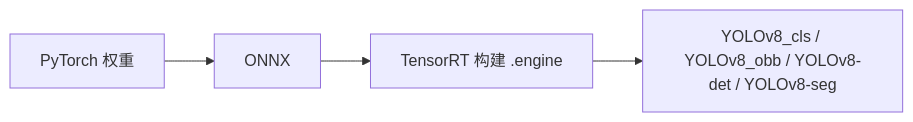
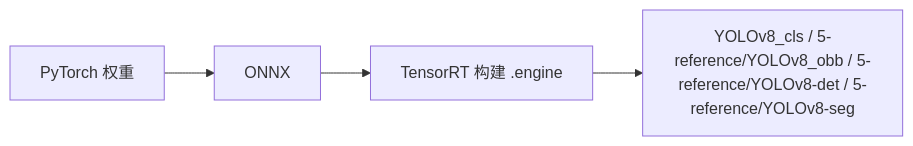
The diagram in docs/YOLOv8_TensorRT_部署工程总结.md (jusitfy0913/dp-tool), drawn with Mermaid before and after one commit. The commit also changed other lines of this file and 5559 other files, not shown here.

````diff
--- a/docs/YOLOv8_TensorRT_部署工程总结.md
+++ b/docs/YOLOv8_TensorRT_部署工程总结.md
@@ -63,6 +63,6 @@
 ```mermaid
 flowchart LR
   A[PyTorch 权重] --> B[ONNX]
   B --> C[TensorRT 构建 .engine]
-  C --> D[YOLOv8_cls / YOLOv8_obb / YOLOv8-det / YOLOv8-seg]
+  C --> D[YOLOv8_cls / 5-reference/YOLOv8_obb / 5-reference/YOLOv8-det / 5-reference/YOLOv8-seg]
 ```
````
